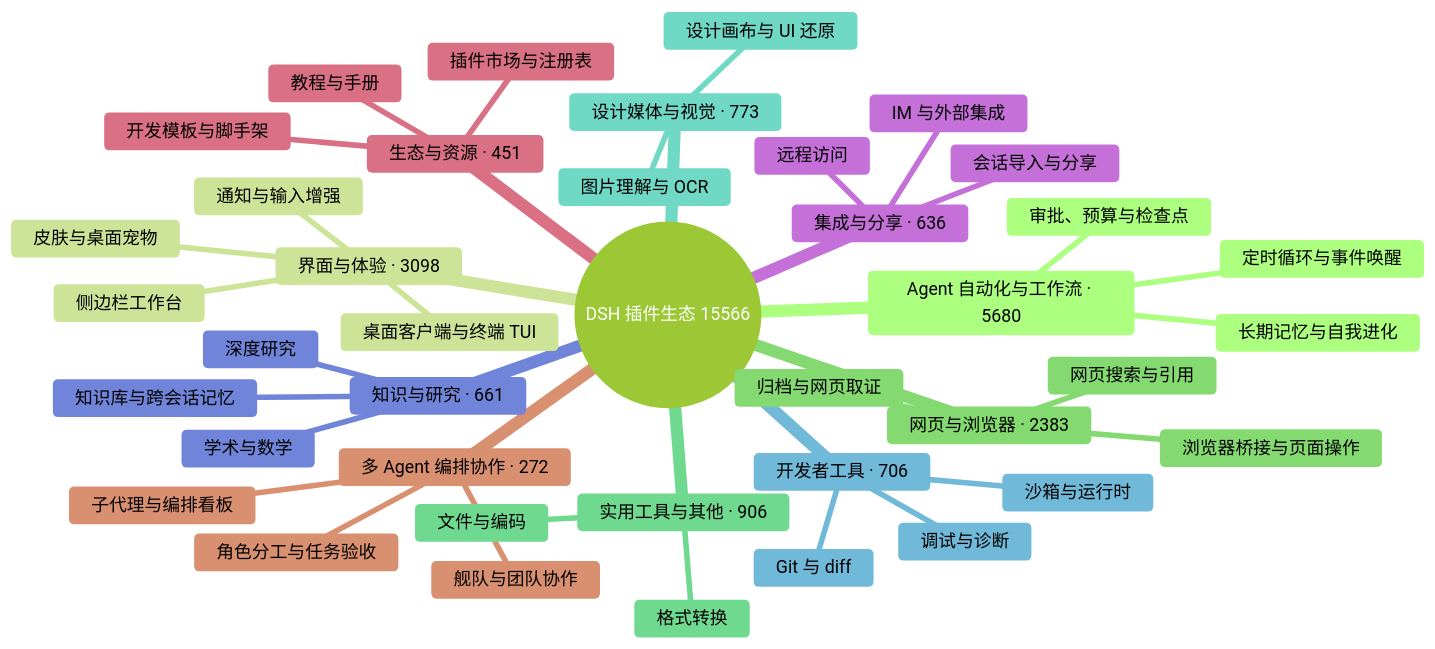
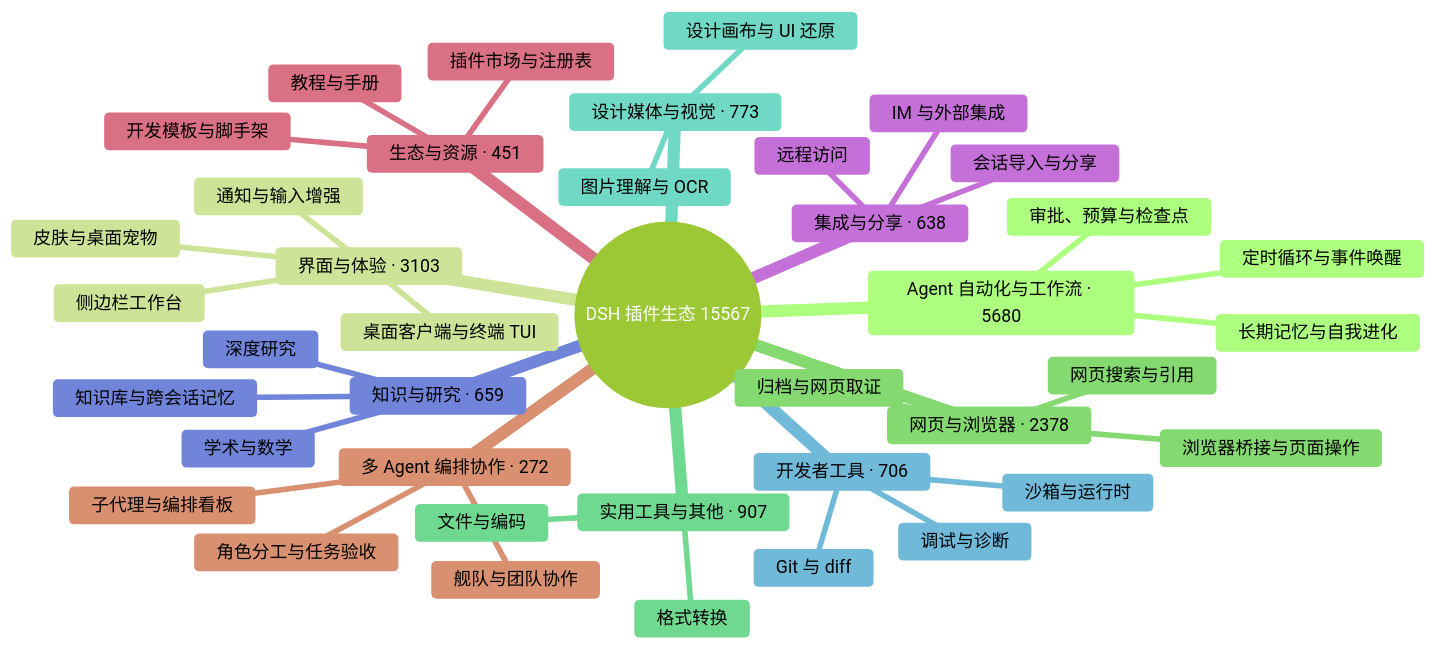
One commit to bruc3van/awesome-dsh-plugin changed the diagram in README.md. Above: the diagram before and after it, drawn with Mermaid (forest theme). The commit also changed other lines of this file and 23 other files, not shown here.

````diff
--- a/README.md
+++ b/README.md
@@ -16,43 +16,43 @@
 ```mermaid
 mindmap
-  root((DSH 插件生态 15566))
+  root((DSH 插件生态 15567))
     Agent 自动化与工作流 · 5680
       定时循环与事件唤醒
       长期记忆与自我进化
       审批、预算与检查点
-    界面与体验 · 3098
+    界面与体验 · 3103
       桌面客户端与终端 TUI
       侧边栏工作台
       皮肤与桌面宠物
       通知与输入增强
-    网页与浏览器 · 2383
+    网页与浏览器 · 2378
       浏览器桥接与页面操作
       网页搜索与引用
       归档与网页取证
-    实用工具与其他 · 906
+    实用工具与其他 · 907
       文件与编码
       格式转换
     设计媒体与视觉 · 773
       图片理解与 OCR
       设计画布与 UI 还原
     开发者工具 · 706
       Git 与 diff
       沙箱与运行时
       调试与诊断
-    知识与研究 · 661
+    知识与研究 · 659
       知识库与跨会话记忆
       深度研究
       学术与数学
-    集成与分享 · 636
+    集成与分享 · 638
       会话导入与分享
       远程访问
       IM 与外部集成
     生态与资源 · 451
       插件市场与注册表
       开发模板与脚手架
       教程与手册
     多 Agent 编排协作 · 272
       子代理与编排看板
       舰队与团队协作
       角色分工与任务验收
 ```
````
